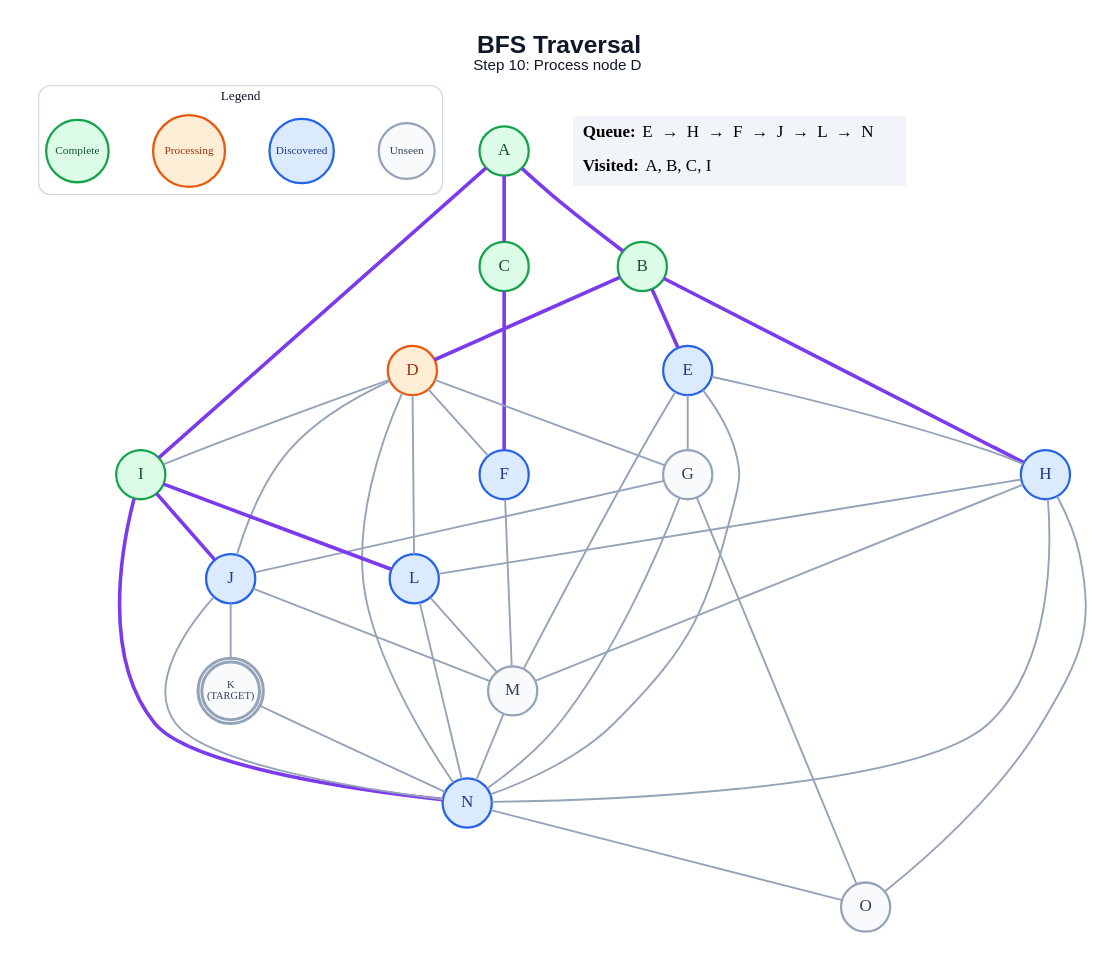
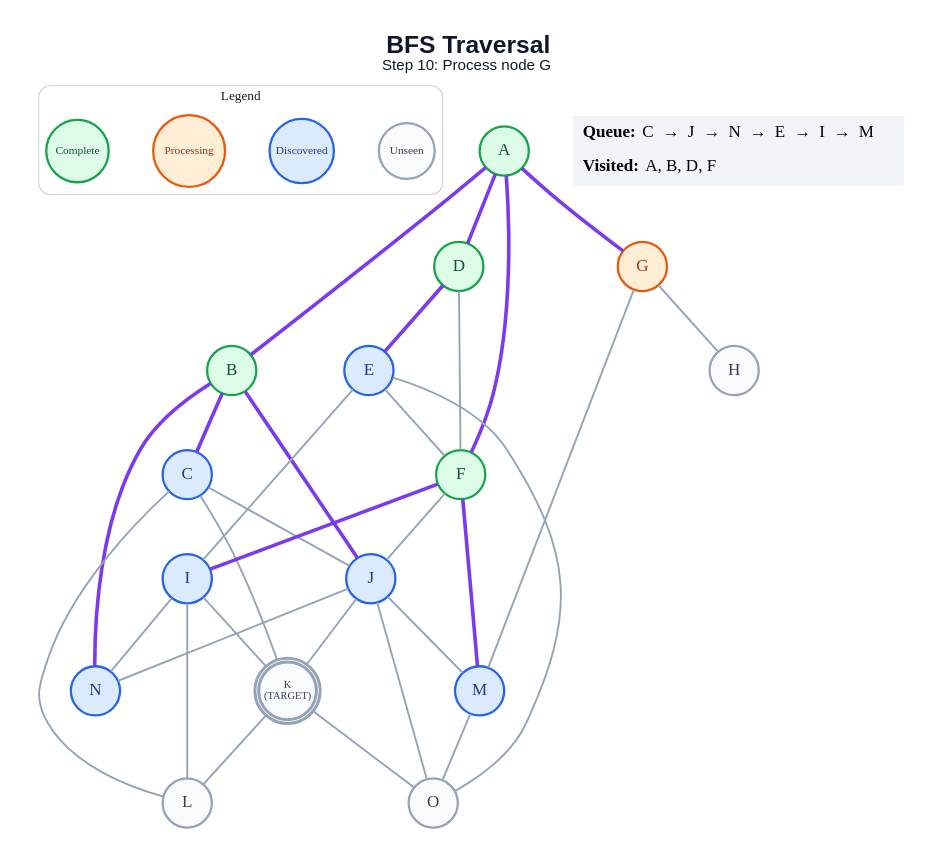
The diagram in generated/bfs/step_10.dot (anon7238593-create/ai-slop), drawn with Graphviz before and after one commit. The commit also changed 301 other files, not shown here.

```diff
--- a/generated/bfs/step_10.dot
+++ b/generated/bfs/step_10.dot
@@ -1,70 +1,64 @@
 graph traversal {
   graph [layout=dot, rankdir=TB, bgcolor="#FFFFFF", pad="0.35", nodesep="0.65", ranksep="0.8", fontname="Arial"];
   node [shape=circle, style="filled", fontname="Arial Bold", fontsize=18, width=0.72, fixedsize=true, penwidth=2.4];
   edge [color="#94A3B8", penwidth=2.0];
-  label=<<B>BFS Traversal</B><BR/><FONT POINT-SIZE="16">Step 10: Process node D</FONT>>; labelloc="t"; fontsize=26; fontname="Arial"; fontcolor="#0F172A";
+  label=<<B>BFS Traversal</B><BR/><FONT POINT-SIZE="16">Step 10: Process node G</FONT>>; labelloc="t"; fontsize=26; fontname="Arial"; fontcolor="#0F172A";
   subgraph cluster_legend { label="Legend"; color="#CBD5E1"; penwidth=1.2; style="rounded"; fontsize=14; fontname="Arial Bold";
     key_unseen [label="Unseen", fillcolor="#F8FAFC", color="#94A3B8", fontcolor="#334155", fontsize=12, width=0.82];
     key_frontier [label="Discovered", fillcolor="#DBEAFE", color="#2563EB", fontcolor="#1E3A8A", fontsize=12, width=0.95];
     key_current [label="Processing", fillcolor="#FFEDD5", color="#EA580C", fontcolor="#9A3412", fontsize=12, width=1.05];
     key_done [label="Complete", fillcolor="#DCFCE7", color="#16A34A", fontcolor="#14532D", fontsize=12, width=0.92];
     { rank=same; key_unseen; key_frontier; key_current; key_done; }
   }
   A [label="A", fillcolor="#DCFCE7", color="#16A34A", fontcolor="#14532D", peripheries=1, penwidth=2.4];
   B [label="B", fillcolor="#DCFCE7", color="#16A34A", fontcolor="#14532D", peripheries=1, penwidth=2.4];
-  C [label="C", fillcolor="#DCFCE7", color="#16A34A", fontcolor="#14532D", peripheries=1, penwidth=2.4];
-  D [label="D", fillcolor="#FFEDD5", color="#EA580C", fontcolor="#9A3412", peripheries=1, penwidth=2.4];
+  C [label="C", fillcolor="#DBEAFE", color="#2563EB", fontcolor="#1E3A8A", peripheries=1, penwidth=2.4];
+  D [label="D", fillcolor="#DCFCE7", color="#16A34A", fontcolor="#14532D", peripheries=1, penwidth=2.4];
   E [label="E", fillcolor="#DBEAFE", color="#2563EB", fontcolor="#1E3A8A", peripheries=1, penwidth=2.4];
-  F [label="F", fillcolor="#DBEAFE", color="#2563EB", fontcolor="#1E3A8A", peripheries=1, penwidth=2.4];
-  G [label="G", fillcolor="#F8FAFC", color="#94A3B8", fontcolor="#334155", peripheries=1, penwidth=2.4];
-  H [label="H", fillcolor="#DBEAFE", color="#2563EB", fontcolor="#1E3A8A", peripheries=1, penwidth=2.4];
-  I [label="I", fillcolor="#DCFCE7", color="#16A34A", fontcolor="#14532D", peripheries=1, penwidth=2.4];
+  F [label="F", fillcolor="#DCFCE7", color="#16A34A", fontcolor="#14532D", peripheries=1, penwidth=2.4];
+  G [label="G", fillcolor="#FFEDD5", color="#EA580C", fontcolor="#9A3412", peripheries=1, penwidth=2.4];
+  H [label="H", fillcolor="#F8FAFC", color="#94A3B8", fontcolor="#334155", peripheries=1, penwidth=2.4];
+  I [label="I", fillcolor="#DBEAFE", color="#2563EB", fontcolor="#1E3A8A", peripheries=1, penwidth=2.4];
   J [label="J", fillcolor="#DBEAFE", color="#2563EB", fontcolor="#1E3A8A", peripheries=1, penwidth=2.4];
   K [label="K\n(TARGET)", fillcolor="#F8FAFC", color="#94A3B8", fontcolor="#334155", peripheries=2, penwidth=3.2, fontsize=11, width=0.85, height=0.85];
-  L [label="L", fillcolor="#DBEAFE", color="#2563EB", fontcolor="#1E3A8A", peripheries=1, penwidth=2.4];
-  M [label="M", fillcolor="#F8FAFC", color="#94A3B8", fontcolor="#334155", peripheries=1, penwidth=2.4];
+  L [label="L", fillcolor="#F8FAFC", color="#94A3B8", fontcolor="#334155", peripheries=1, penwidth=2.4];
+  M [label="M", fillcolor="#DBEAFE", color="#2563EB", fontcolor="#1E3A8A", peripheries=1, penwidth=2.4];
   N [label="N", fillcolor="#DBEAFE", color="#2563EB", fontcolor="#1E3A8A", peripheries=1, penwidth=2.4];
   O [label="O", fillcolor="#F8FAFC", color="#94A3B8", fontcolor="#334155", peripheries=1, penwidth=2.4];
   A -- B [color="#7C3AED", penwidth=3.8];
-  A -- C [color="#7C3AED", penwidth=3.8];
-  A -- I [color="#7C3AED", penwidth=3.8];
-  B -- D [color="#7C3AED", penwidth=3.8];
-  B -- E [color="#7C3AED", penwidth=3.8];
-  B -- H [color="#7C3AED", penwidth=3.8];
-  C -- F [color="#7C3AED", penwidth=3.8];
+  A -- D [color="#7C3AED", penwidth=3.8];
+  A -- F [color="#7C3AED", penwidth=3.8];
+  A -- G [color="#7C3AED", penwidth=3.8];
+  B -- C [color="#7C3AED", penwidth=3.8];
+  B -- J [color="#7C3AED", penwidth=3.8];
+  B -- N [color="#7C3AED", penwidth=3.8];
+  C -- J;
+  C -- K;
+  C -- L;
+  D -- E [color="#7C3AED", penwidth=3.8];
   D -- F;
-  D -- G;
-  D -- I;
-  D -- J;
-  D -- L;
-  D -- N;
-  E -- G;
-  E -- H;
-  E -- M;
-  E -- N;
-  F -- M;
-  G -- J;
-  G -- N;
-  G -- O;
-  H -- L;
-  H -- M;
-  H -- N;
-  H -- O;
-  I -- J [color="#7C3AED", penwidth=3.8];
-  I -- L [color="#7C3AED", penwidth=3.8];
-  I -- N [color="#7C3AED", penwidth=3.8];
+  E -- F;
+  E -- I;
+  E -- O;
+  F -- I [color="#7C3AED", penwidth=3.8];
+  F -- J;
+  F -- M [color="#7C3AED", penwidth=3.8];
+  G -- H;
+  G -- M;
+  I -- K;
+  I -- L;
+  I -- N;
   J -- K;
   J -- M;
   J -- N;
-  K -- N;
-  L -- M;
-  L -- N;
-  M -- N;
-  N -- O;
+  J -- O;
+  K -- L;
+  K -- O;
+  M -- O;
   status [shape=plain, fixedsize=false, width=0, height=0, margin=0, label=<
     <TABLE BORDER="0" CELLBORDER="0" CELLPADDING="7" BGCOLOR="#F1F5F9">
-      <TR><TD ALIGN="LEFT"><B>Queue:</B> E  →  H  →  F  →  J  →  L  →  N</TD></TR>
-      <TR><TD ALIGN="LEFT"><B>Visited:</B> A, B, C, I</TD></TR>
+      <TR><TD ALIGN="LEFT"><B>Queue:</B> C  →  J  →  N  →  E  →  I  →  M</TD></TR>
+      <TR><TD ALIGN="LEFT"><B>Visited:</B> A, B, D, F</TD></TR>
     </TABLE>
   >];
 }
```
